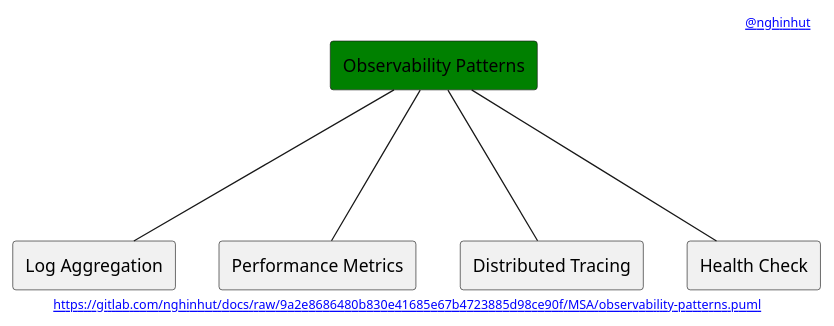
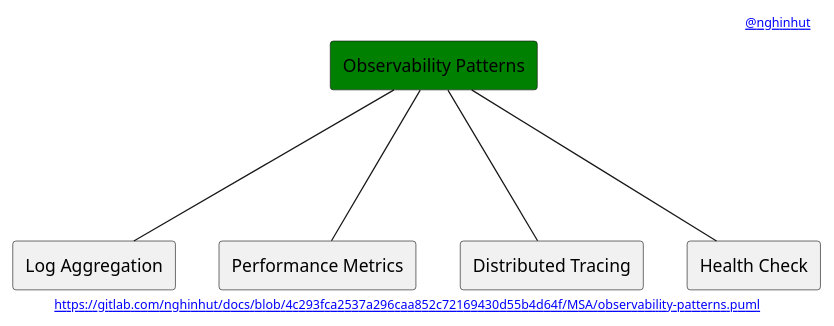
The diagram in MSA/observability-patterns.puml (nghinhut/docs), drawn with PlantUML before and after one commit. The commit also changed 18 other files, not shown here.

Commit message:
Update diagrams

```diff
--- a/MSA/observability-patterns.puml
+++ b/MSA/observability-patterns.puml
@@ -1,18 +1,18 @@
 @startuml
 '-----START auto generated metadata please keep comment here to allow auto update-----
 '-----DON'T EDIT THIS SECTION, INSTEAD RE-RUN prebuild.sh TO UPDATE-----
 header [[mailto:nghinhut@gmail.com @nghinhut]]
-footer [[https://gitlab.com/nghinhut/docs/raw/9a2e8686480b830e41685e67b4723885d98ce90f/MSA/observability-patterns.puml]]
+footer [[https://gitlab.com/nghinhut/docs/blob/4c293fca2537a296caa852c72169430d55b4d64f/MSA/observability-patterns.puml]]
 '-----END auto generated metadata please keep comment here to allow auto update-----
 
 rectangle "Observability Patterns" as Observability #green
 
 rectangle "Log Aggregation" as ObservabilityP1
 rectangle "Performance Metrics" as ObservabilityP2
 rectangle "Distributed Tracing" as ObservabilityP3
 rectangle "Health Check" as ObservabilityP4
 Observability --- ObservabilityP1
 Observability --- ObservabilityP2
 Observability --- ObservabilityP3
 Observability --- ObservabilityP4
 @enduml
```
